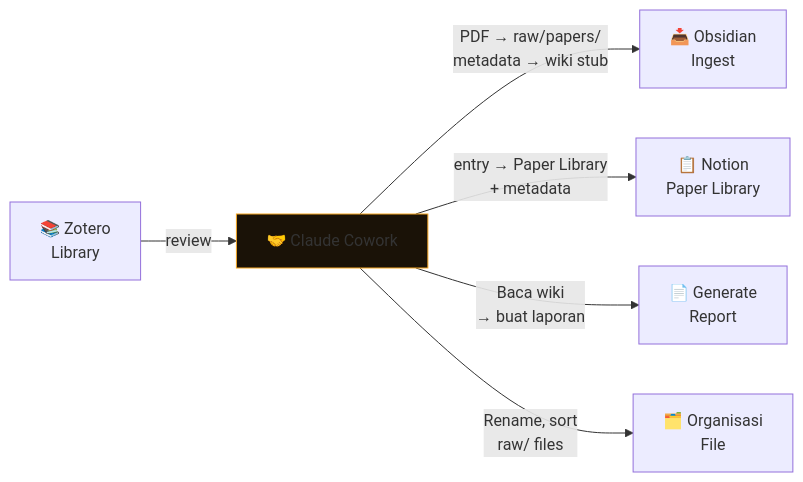
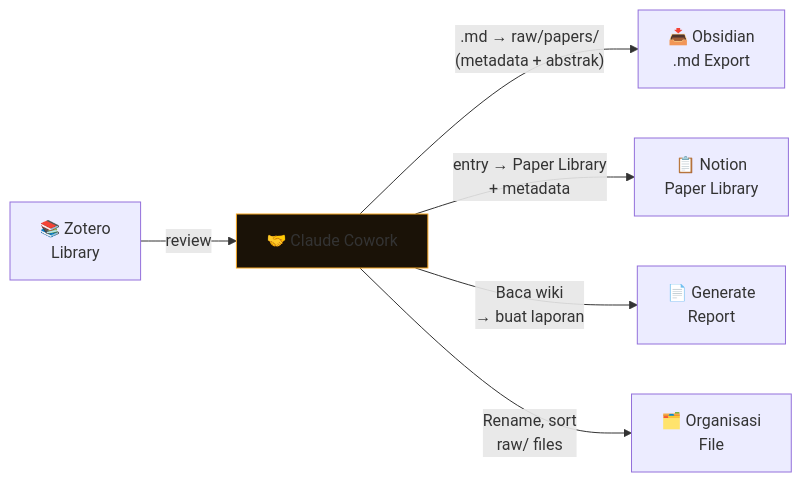
The sixth of 7 diagrams in README.md (omankz/Hermes-Agent---Claude-Cowork---Notion---Obsidian), drawn with Mermaid before and after one commit. The commit also changed other lines of this file, not shown here.

````diff
--- a/README.md
+++ b/README.md
@@ -685,12 +686,12 @@
 ```mermaid
 flowchart LR
     ZT["📚 Zotero\nLibrary"]
     CC["🤝 Claude Cowork"]
     ZT -->|"review"| CC
-    CC -->|"PDF → raw/papers/\nmetadata → wiki stub"| ACQ["📥 Obsidian\nIngest"]
+    CC -->|".md → raw/papers/\n(metadata + abstrak)"| ACQ["📥 Obsidian\n.md Export"]
     CC -->|"entry → Paper Library\n+ metadata"| NT2["📋 Notion\nPaper Library"]
     CC -->|"Baca wiki\n→ buat laporan"| REP["📄 Generate\nReport"]
     CC -->|"Rename, sort\nraw/ files"| ORG["🗂️ Organisasi\nFile"]
 
     style CC fill:#1a1207,stroke:#f5a623
 ```
````
